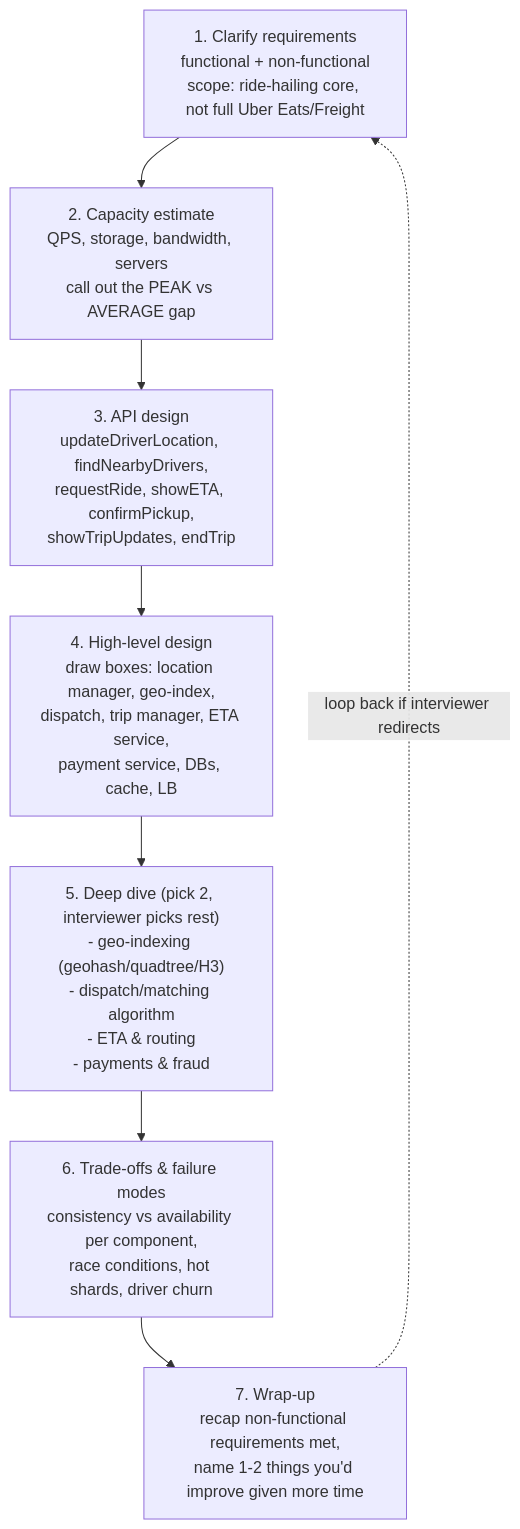
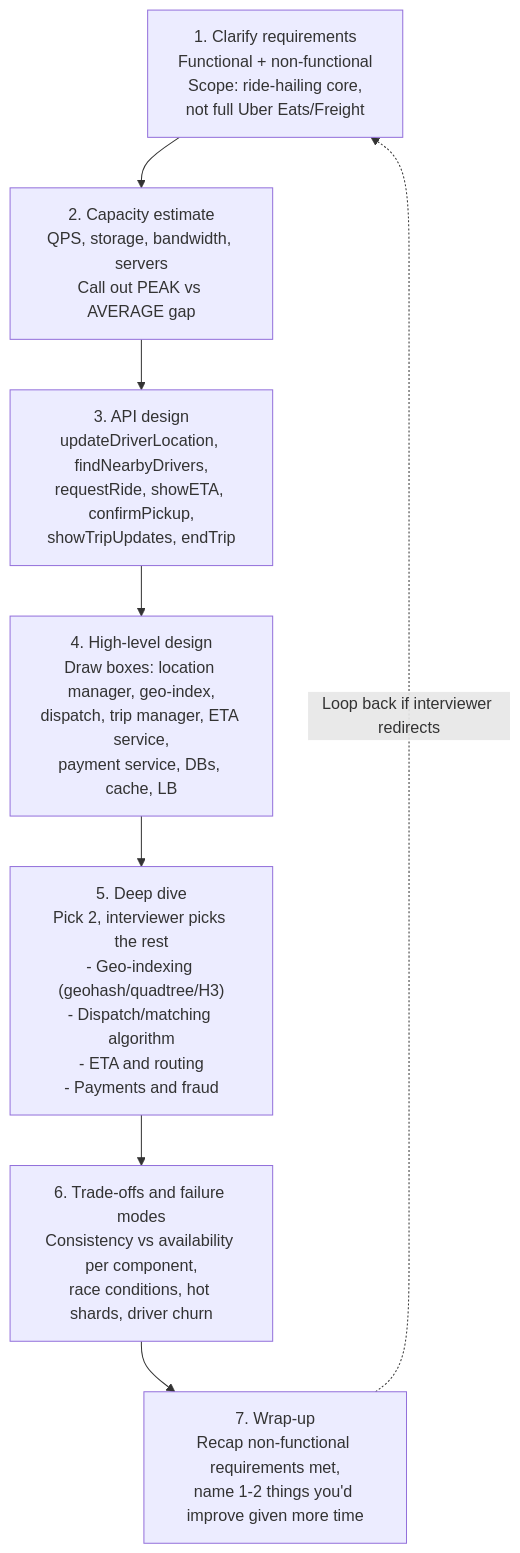
The first of 25 diagrams in system-design/HLD/0-course/30-Design Uber-FAANG-Guide.md (riyaz-pasha/Learnings), drawn with Mermaid before and after one commit. The commit also changed other lines of this file and 1 other file, not shown here.

First line of the commit message:
[REWRITE] Design Uber guides: simplify prose, add structure, fix dark-theme diagrams

````diff
--- a/system-design/HLD/0-course/30-Design Uber-FAANG-Guide.md
+++ b/system-design/HLD/0-course/30-Design Uber-FAANG-Guide.md
@@ -23,10 +25,10 @@
 ```mermaid
 flowchart TD
-    A["1. Clarify requirements<br/>functional + non-functional<br/>scope: ride-hailing core, not full Uber Eats/Freight"] --> B["2. Capacity estimate<br/>QPS, storage, bandwidth, servers<br/>call out the PEAK vs AVERAGE gap"]
+    A["1. Clarify requirements<br/>Functional + non-functional<br/>Scope: ride-hailing core,<br/>not full Uber Eats/Freight"] --> B["2. Capacity estimate<br/>QPS, storage, bandwidth, servers<br/>Call out PEAK vs AVERAGE gap"]
     B --> C["3. API design<br/>updateDriverLocation, findNearbyDrivers,<br/>requestRide, showETA, confirmPickup,<br/>showTripUpdates, endTrip"]
-    C --> D["4. High-level design<br/>draw boxes: location manager, geo-index,<br/>dispatch, trip manager, ETA service,<br/>payment service, DBs, cache, LB"]
-    D --> E["5. Deep dive (pick 2, interviewer picks rest)<br/>- geo-indexing (geohash/quadtree/H3)<br/>- dispatch/matching algorithm<br/>- ETA & routing<br/>- payments & fraud"]
-    E --> F["6. Trade-offs & failure modes<br/>consistency vs availability per component,<br/>race conditions, hot shards, driver churn"]
-    F --> G["7. Wrap-up<br/>recap non-functional requirements met,<br/>name 1-2 things you'd improve given more time"]
-    G -.loop back if interviewer redirects.-> A
+    C --> D["4. High-level design<br/>Draw boxes: location manager, geo-index,<br/>dispatch, trip manager, ETA service,<br/>payment service, DBs, cache, LB"]
+    D --> E["5. Deep dive<br/>Pick 2, interviewer picks the rest<br/>- Geo-indexing (geohash/quadtree/H3)<br/>- Dispatch/matching algorithm<br/>- ETA and routing<br/>- Payments and fraud"]
+    E --> F["6. Trade-offs and failure modes<br/>Consistency vs availability per component,<br/>race conditions, hot shards, driver churn"]
+    F --> G["7. Wrap-up<br/>Recap non-functional requirements met,<br/>name 1-2 things you'd improve given more time"]
+    G -.Loop back if interviewer redirects.-> A
 ```
````
